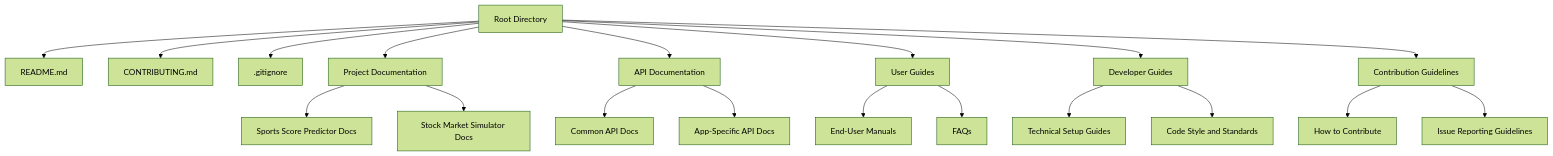
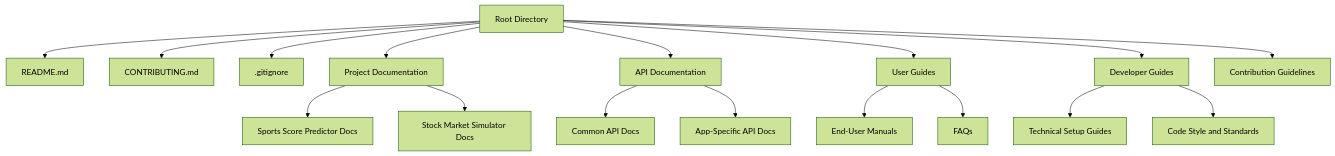
The diagram in project-docs/documentation-config.md (dock108/org-docs-and-guides), drawn with Mermaid (forest theme) before and after one commit.

````diff
--- a/project-docs/documentation-config.md
+++ b/project-docs/documentation-config.md
@@ -3,26 +3,23 @@
 ```mermaid
 graph TD
     A[Root Directory] --> B[README.md]
     A --> C[CONTRIBUTING.md]
     A --> D[.gitignore]
     A --> E[Project Documentation]
     A --> F[API Documentation]
     A --> G[User Guides]
     A --> H[Developer Guides]
     A --> I[Contribution Guidelines]
 
     E --> E1[Sports Score Predictor Docs]
     E --> E2[Stock Market Simulator Docs]
 
     F --> F1[Common API Docs]
     F --> F2[App-Specific API Docs]
 
     G --> G1[End-User Manuals]
     G --> G2[FAQs]
 
     H --> H1[Technical Setup Guides]
     H --> H2[Code Style and Standards]
-
-    I --> I1[How to Contribute]
-    I --> I2[Issue Reporting Guidelines]
 ```
````
